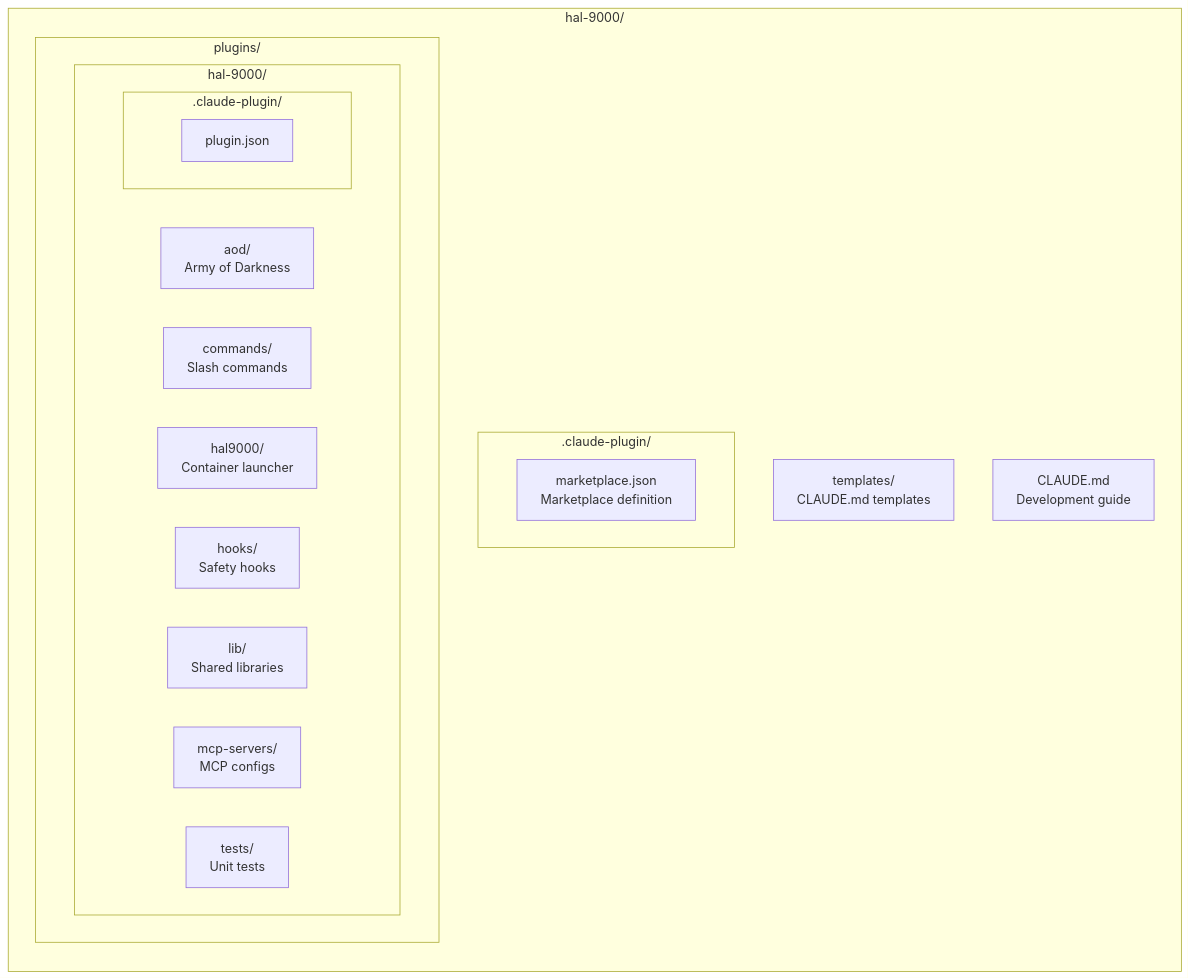
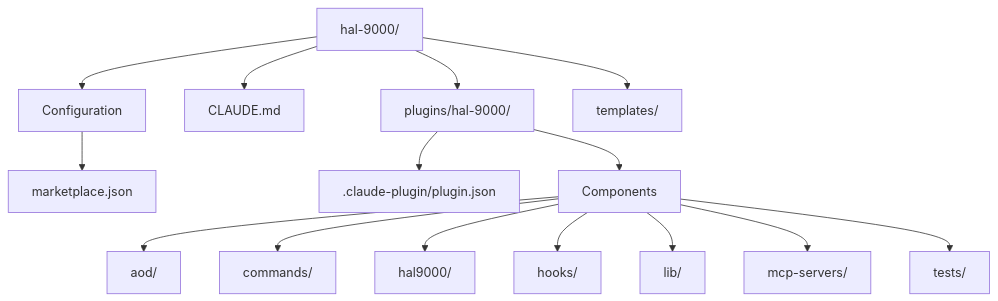
Before and after one commit to Hellblazer/hal-9000: the diagram in CONTRIBUTING.md, drawn with Mermaid. The commit also changed 3 other files, not shown here.

First line of the commit message:
docs: Fix all mermaid diagrams - remove overlapping and improve clarity

````diff
--- a/CONTRIBUTING.md
+++ b/CONTRIBUTING.md
@@ -7,26 +7,40 @@
 ```mermaid
-graph LR
-    subgraph hal9000["hal-9000/"]
-        subgraph claude_plugin[".claude-plugin/"]
-            marketplace["marketplace.json<br/>Marketplace definition"]
-        end
+graph TD
+    Root["hal-9000/"]
 
-        subgraph plugins["plugins/"]
-            subgraph hal9000_plugin["hal-9000/"]
-                subgraph plugin_meta[".claude-plugin/"]
-                    pluginjson["plugin.json"]
-                end
-                aod["aod/<br/>Army of Darkness"]
-                commands["commands/<br/>Slash commands"]
-                hal9000dir["hal9000/<br/>Container launcher"]
-                hooks["hooks/<br/>Safety hooks"]
-                lib["lib/<br/>Shared libraries"]
-                mcp["mcp-servers/<br/>MCP configs"]
-                tests["tests/<br/>Unit tests"]
-            end
-        end
+    Config["Configuration"]
+    Marketplace["marketplace.json"]
+    Claude["CLAUDE.md"]
 
-        templates["templates/<br/>CLAUDE.md templates"]
-        claudemd["CLAUDE.md<br/>Development guide"]
-    end
+    Plugin["plugins/hal-9000/"]
+    Meta[".claude-plugin/plugin.json"]
+
+    Components["Components"]
+    Aod["aod/"]
+    Commands["commands/"]
+    Hal9000["hal9000/"]
+    Hooks["hooks/"]
+    Lib["lib/"]
+    Mcp["mcp-servers/"]
+    Tests["tests/"]
+
+    Templates["templates/"]
+
+    Root --> Config
+    Root --> Plugin
+    Root --> Templates
+    Root --> Claude
+
+    Config --> Marketplace
+
+    Plugin --> Meta
+    Plugin --> Components
+
+    Components --> Aod
+    Components --> Commands
+    Components --> Hal9000
+    Components --> Hooks
+    Components --> Lib
+    Components --> Mcp
+    Components --> Tests
 ```
````
